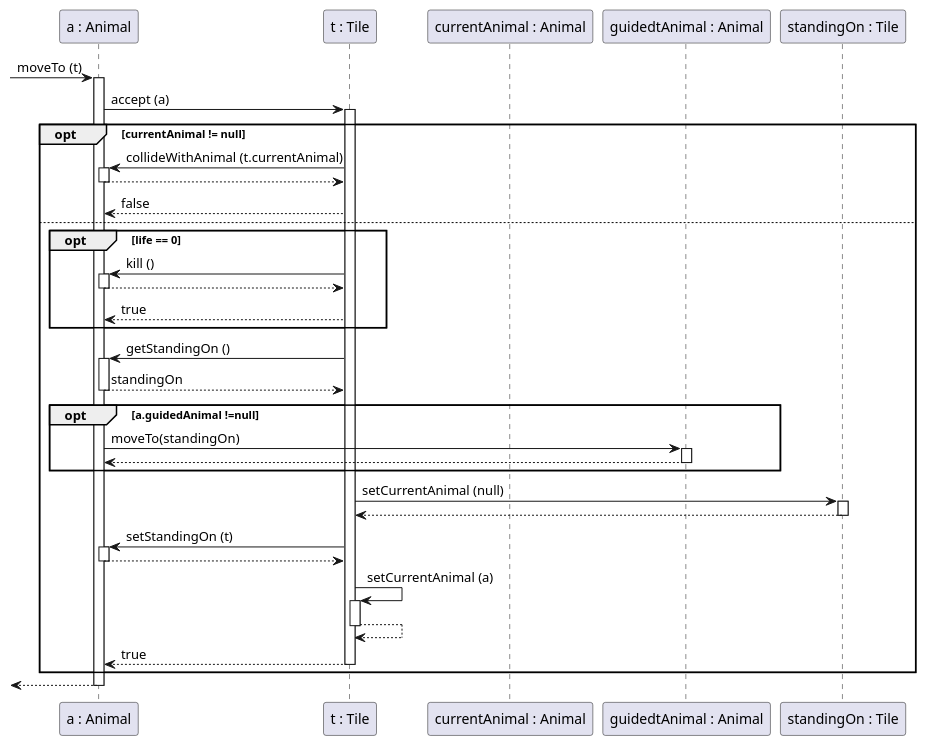
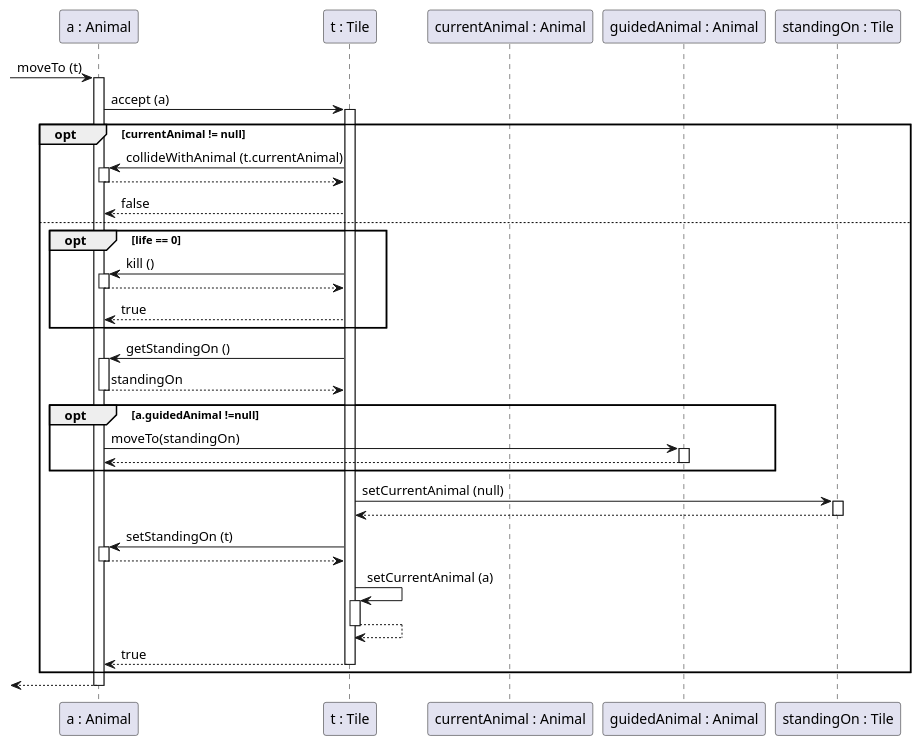
One commit to bokovhu/software-project-laboratory-assignment changed the diagram in 3-analysis-modell/java/src/main/plantuml/SequenceDiagram_Animal_moveTo.puml. Above: the diagram before and after it, drawn with PlantUML. The commit also changed 6 other files, not shown here.

```diff
--- a/3-analysis-modell/java/src/main/plantuml/SequenceDiagram_Animal_moveTo.puml
+++ b/3-analysis-modell/java/src/main/plantuml/SequenceDiagram_Animal_moveTo.puml
@@ -1,59 +1,59 @@
 @startuml
 
 skinparam classAttributeIconSize 0
 skinparam guillemet false
 
 participant "a : Animal" as a
 participant "t : Tile" as t
 participant "currentAnimal : Animal" as currentAnimal
-participant "guidedtAnimal : Animal" as guidedAnimal
+participant "guidedAnimal : Animal" as guidedAnimal
 participant "standingOn : Tile" as standingOn
 
 [-> a : moveTo (t)
 activate a
 
 a -> t ++ : accept (a)
 
 opt currentAnimal != null
 
     t -> a ++ : collideWithAnimal (t.currentAnimal)
     a --> t --
 
     t --> a : false
 
 else
 
     opt life == 0
 
         t -> a ++ : kill ()
         a --> t --
 
         t --> a : true
 
     end
 
     t -> a ++ : getStandingOn ()
     a --> t -- : standingOn
 
     opt a.guidedAnimal !=null
     a -> guidedAnimal ++: moveTo(standingOn)
     guidedAnimal --> a --
     end
 
     t -> standingOn ++ : setCurrentAnimal (null)
     standingOn --> t --
 
     t -> a ++ : setStandingOn (t)
     a --> t --
 
     t -> t ++ : setCurrentAnimal (a)
     t --> t --
 
     t --> a -- : true
 
 end
 
 [<-- a
 deactivate a
 
 @enduml
```
